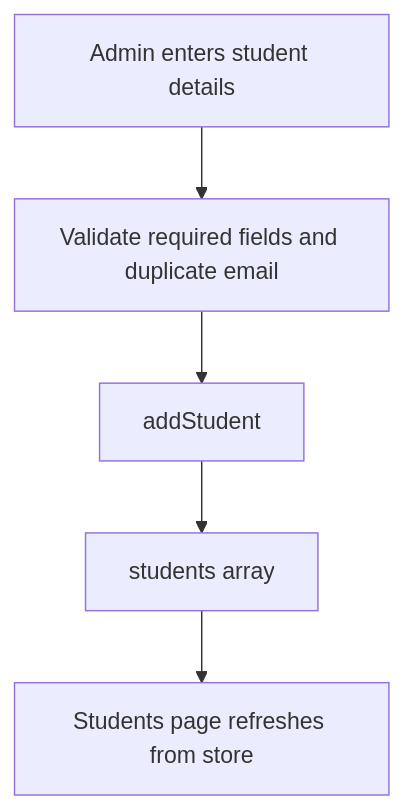
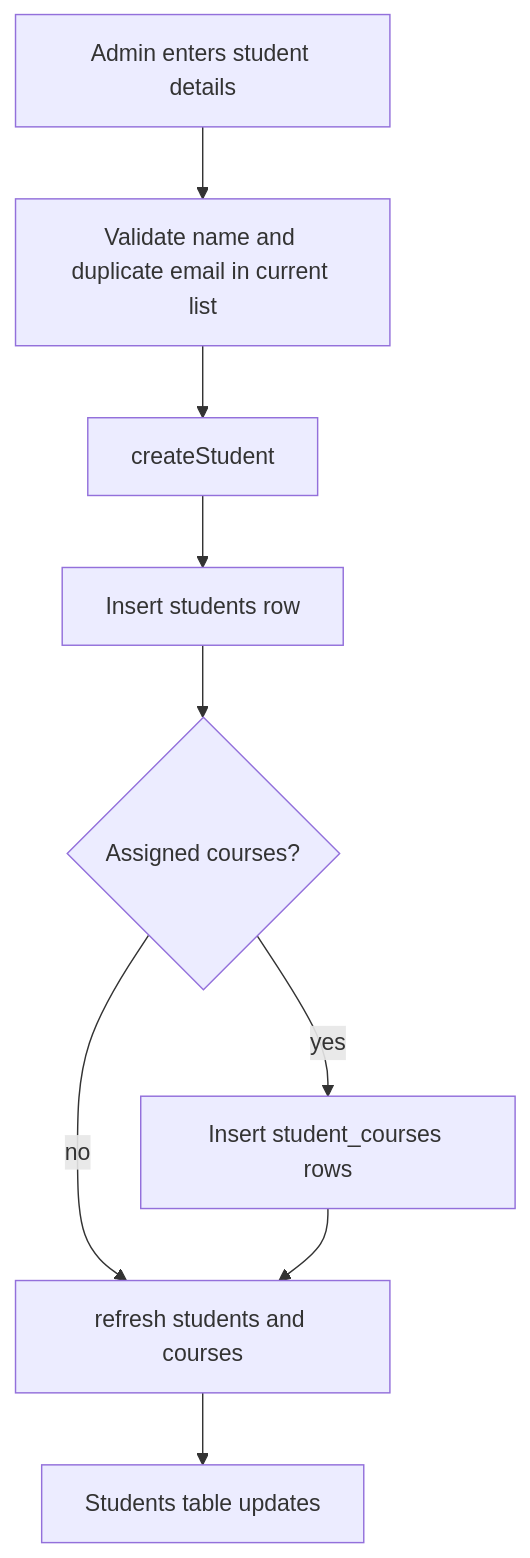
Before and after one commit to muhammadjamshed7/Assignmentwork: the fifth of 16 diagrams in SYSTEM_FLOW.md, drawn with Mermaid. The commit also changed other lines of this file and 56 other files, not shown here.

````diff
--- a/SYSTEM_FLOW.md
+++ b/SYSTEM_FLOW.md
@@ -93,7 +158,11 @@
 ```mermaid
 flowchart TD
-  Admin[Admin enters student details] --> Validate[Validate required fields and duplicate email]
-  Validate --> AddStudent[addStudent]
-  AddStudent --> StoreStudents[students array]
-  StoreStudents --> StudentsPage[Students page refreshes from store]
+  Admin[Admin enters student details] --> ClientValidate[Validate name and duplicate email in current list]
+  ClientValidate --> CreateStudent[createStudent]
+  CreateStudent --> InsertStudent[Insert students row]
+  InsertStudent --> InsertCourses{Assigned courses?}
+  InsertCourses -- yes --> StudentCourses[Insert student_courses rows]
+  InsertCourses -- no --> Refresh
+  StudentCourses --> Refresh[refresh students and courses]
+  Refresh --> StudentsPage[Students table updates]
 ```
````
